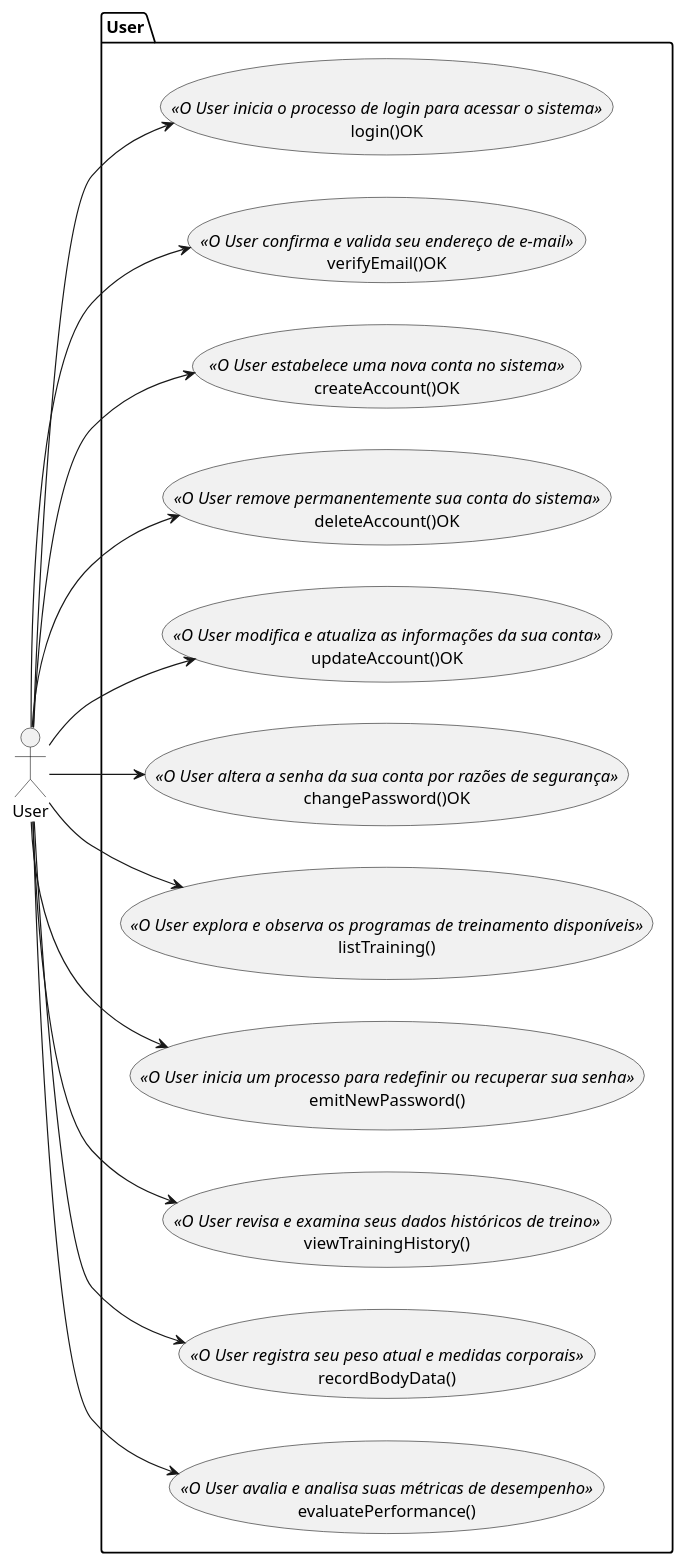
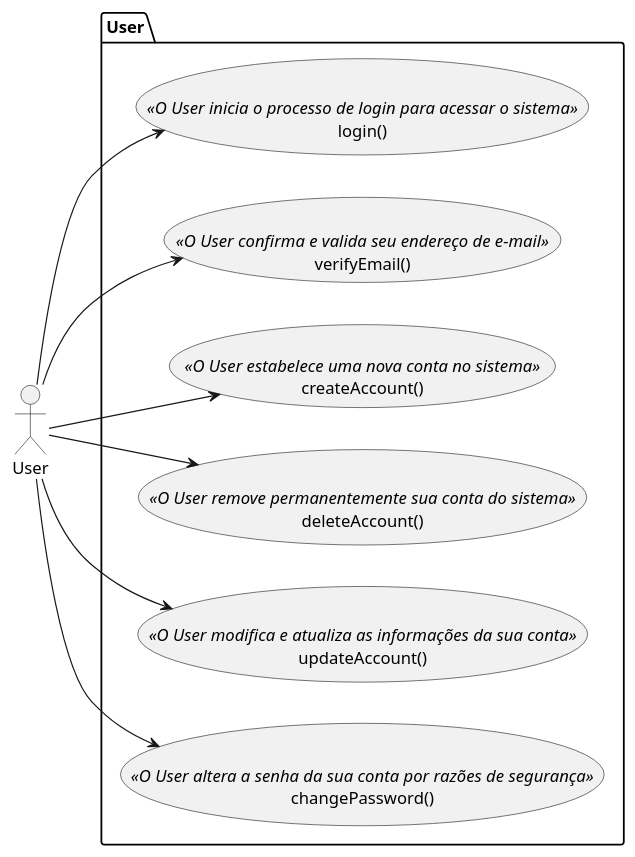
One commit to LucasReisV1337/api-gym changed the diagram in uml/User/usecases/index.wsd. Above: the diagram before and after it, drawn with PlantUML. The commit also changed 14 other files, not shown here.

```diff
--- a/uml/User/usecases/index.wsd
+++ b/uml/User/usecases/index.wsd
@@ -1,41 +1,27 @@
 @startuml
 left to right direction
 
 actor User as u
 
 package "User" {
-  usecase "login()OK" as UC1 <<O User inicia o processo de login para acessar o sistema>>
+  usecase "login()" as UC1 <<O User inicia o processo de login para acessar o sistema>>
 
-  usecase "verifyEmail()OK" as UC2 <<O User confirma e valida seu endereço de e-mail>>
+  usecase "verifyEmail()" as UC2 <<O User confirma e valida seu endereço de e-mail>>
 
-  usecase "createAccount()OK" as UC3 <<O User estabelece uma nova conta no sistema>>
+  usecase "createAccount()" as UC3 <<O User estabelece uma nova conta no sistema>>
 
-  usecase "deleteAccount()OK" as UC4 <<O User remove permanentemente sua conta do sistema>>
+  usecase "deleteAccount()" as UC4 <<O User remove permanentemente sua conta do sistema>>
 
-  usecase "updateAccount()OK" as UC5 <<O User modifica e atualiza as informações da sua conta>>
+  usecase "updateAccount()" as UC5 <<O User modifica e atualiza as informações da sua conta>>
 
-  usecase "changePassword()OK" as UC6 <<O User altera a senha da sua conta por razões de segurança>>
+  usecase "changePassword()" as UC6 <<O User altera a senha da sua conta por razões de segurança>>
 
-  usecase "listTraining()" as UC7 <<O User explora e observa os programas de treinamento disponíveis>>
-
-  usecase "emitNewPassword()" as UC8 <<O User inicia um processo para redefinir ou recuperar sua senha>>
-
-  usecase "viewTrainingHistory()" as UC9 <<O User revisa e examina seus dados históricos de treino>>
-
-  usecase "recordBodyData()" as UC10 <<O User registra seu peso atual e medidas corporais>>
-
-  usecase "evaluatePerformance()" as UC11 <<O User avalia e analisa suas métricas de desempenho>>
 }
 
 u --> UC1
 u --> UC2
 u --> UC3
 u --> UC4
 u --> UC5
 u --> UC6
-u --> UC7
-u --> UC8
-u --> UC9
-u --> UC10
-u --> UC11
 @enduml
```
